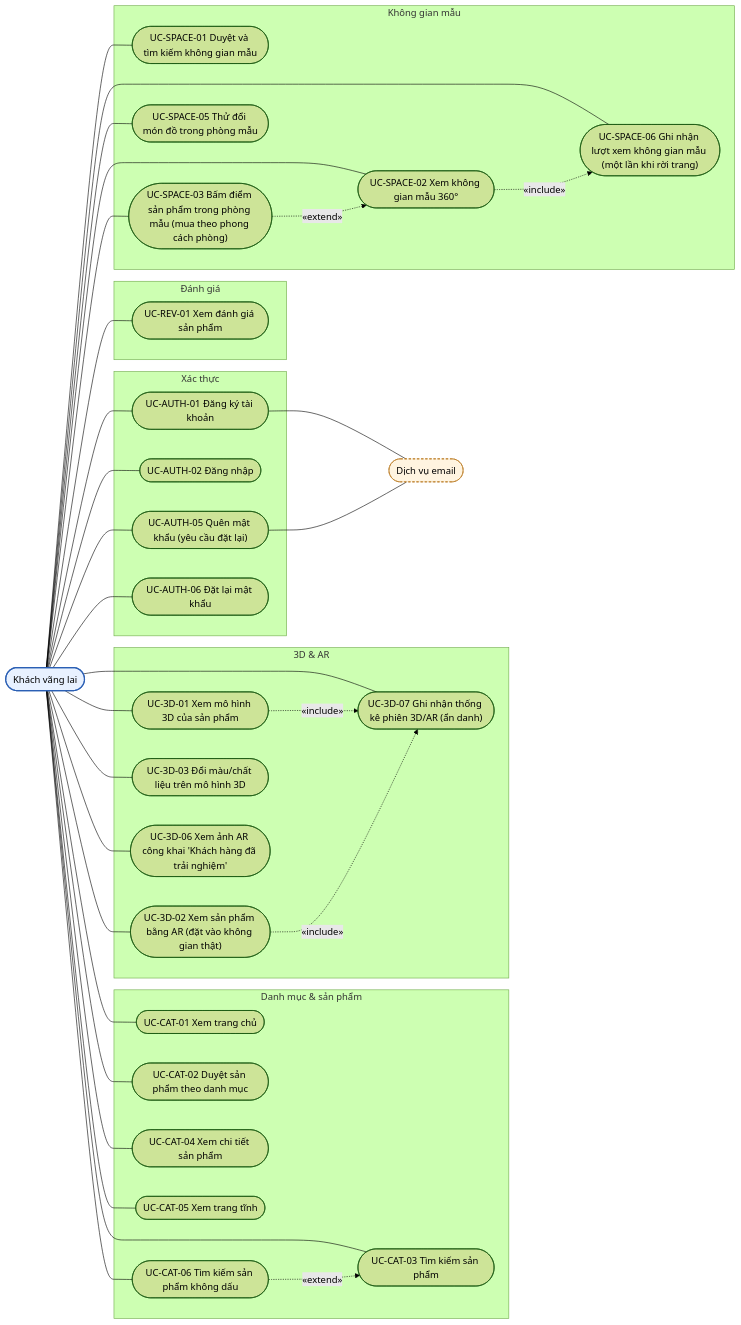
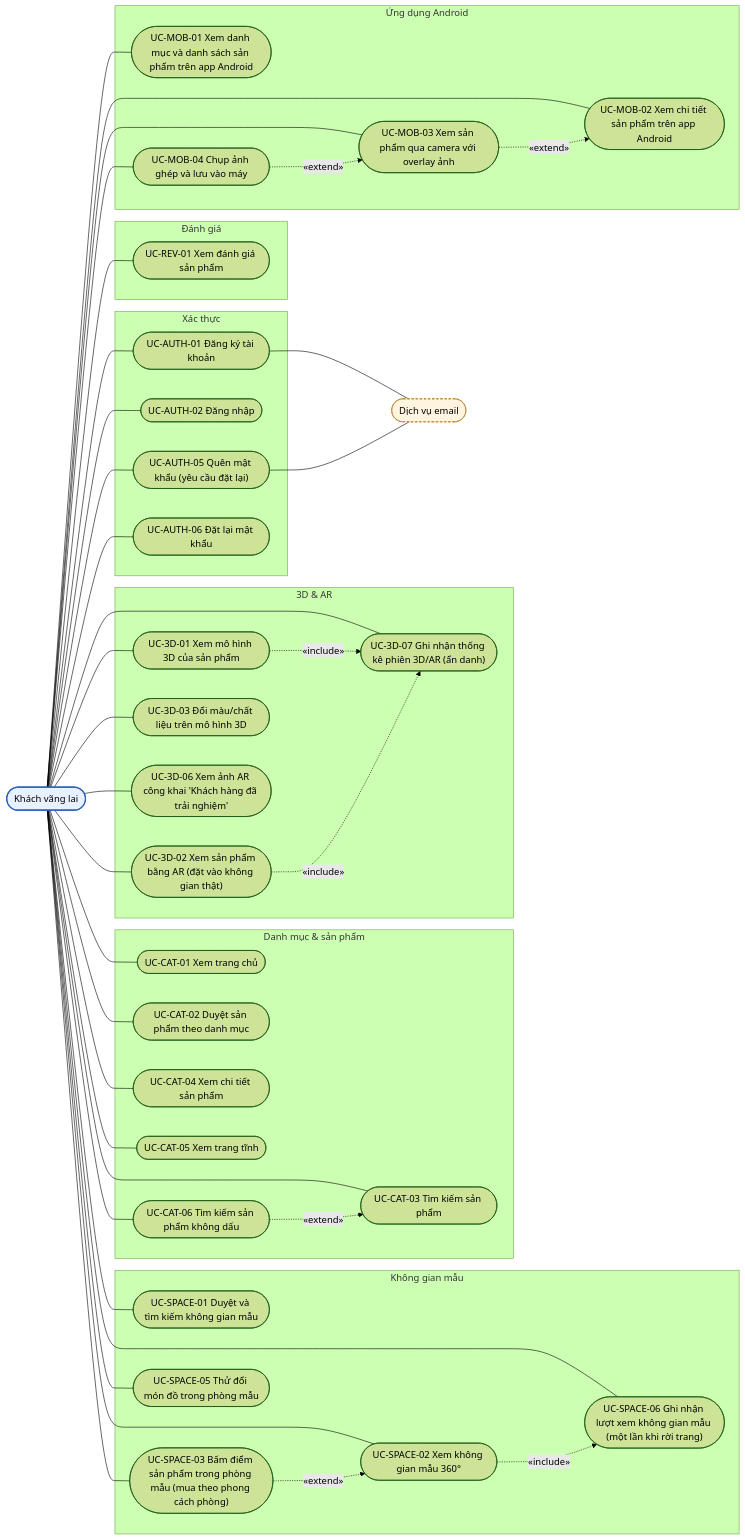
Before and after one commit to 2431540234-arch/XDUDTMDT: the diagram in docs/diagrams/src/usecase_khach-vang-lai.mmd, drawn with Mermaid (forest theme). The commit also changed 24 other files, not shown here.

Commit message:
docs: đưa ứng dụng Android vào phạm vi (UC-MOB), chốt quyết định công nghệ, bảng nộp chính thức

```diff
--- a/docs/diagrams/src/usecase_khach-vang-lai.mmd
+++ b/docs/diagrams/src/usecase_khach-vang-lai.mmd
@@ -1,64 +1,76 @@
 flowchart LR
     K(["Khách vãng lai"]):::actor
     EM(["Dịch vụ email"]):::ext
     subgraph SG_AUTH["Xác thực"]
         UC_AUTH_01(["UC-AUTH-01 Đăng ký tài khoản"])
         UC_AUTH_02(["UC-AUTH-02 Đăng nhập"])
         UC_AUTH_05(["UC-AUTH-05 Quên mật khẩu (yêu cầu đặt lại)"])
         UC_AUTH_06(["UC-AUTH-06 Đặt lại mật khẩu"])
     end
     subgraph SG_CAT["Danh mục & sản phẩm"]
         UC_CAT_01(["UC-CAT-01 Xem trang chủ"])
         UC_CAT_02(["UC-CAT-02 Duyệt sản phẩm theo danh mục"])
         UC_CAT_03(["UC-CAT-03 Tìm kiếm sản phẩm"])
         UC_CAT_04(["UC-CAT-04 Xem chi tiết sản phẩm"])
         UC_CAT_05(["UC-CAT-05 Xem trang tĩnh"])
         UC_CAT_06(["UC-CAT-06 Tìm kiếm sản phẩm không dấu"])
     end
     subgraph SG_REV["Đánh giá"]
         UC_REV_01(["UC-REV-01 Xem đánh giá sản phẩm"])
     end
     subgraph SG_D3["3D & AR"]
         UC_3D_01(["UC-3D-01 Xem mô hình 3D của sản phẩm"])
         UC_3D_02(["UC-3D-02 Xem sản phẩm bằng AR (đặt vào không gian thật)"])
         UC_3D_03(["UC-3D-03 Đổi màu/chất liệu trên mô hình 3D"])
         UC_3D_06(["UC-3D-06 Xem ảnh AR công khai 'Khách hàng đã trải nghiệm'"])
         UC_3D_07(["UC-3D-07 Ghi nhận thống kê phiên 3D/AR (ẩn danh)"])
     end
     subgraph SG_SPACE["Không gian mẫu"]
         UC_SPACE_01(["UC-SPACE-01 Duyệt và tìm kiếm không gian mẫu"])
         UC_SPACE_02(["UC-SPACE-02 Xem không gian mẫu 360°"])
         UC_SPACE_03(["UC-SPACE-03 Bấm điểm sản phẩm trong phòng mẫu (mua theo phong cách phòng)"])
         UC_SPACE_05(["UC-SPACE-05 Thử đổi món đồ trong phòng mẫu"])
         UC_SPACE_06(["UC-SPACE-06 Ghi nhận lượt xem không gian mẫu (một lần khi rời trang)"])
     end
+    subgraph SG_MOB["Ứng dụng Android"]
+        UC_MOB_01(["UC-MOB-01 Xem danh mục và danh sách sản phẩm trên app Android"])
+        UC_MOB_02(["UC-MOB-02 Xem chi tiết sản phẩm trên app Android"])
+        UC_MOB_03(["UC-MOB-03 Xem sản phẩm qua camera với overlay ảnh"])
+        UC_MOB_04(["UC-MOB-04 Chụp ảnh ghép và lưu vào máy"])
+    end
     K --- UC_AUTH_01
     K --- UC_AUTH_02
     K --- UC_AUTH_05
     K --- UC_AUTH_06
     K --- UC_CAT_01
     K --- UC_CAT_02
     K --- UC_CAT_03
     K --- UC_CAT_04
     K --- UC_CAT_05
     K --- UC_CAT_06
     K --- UC_REV_01
     K --- UC_3D_01
     K --- UC_3D_02
     K --- UC_3D_03
     K --- UC_3D_06
     K --- UC_3D_07
     K --- UC_SPACE_01
     K --- UC_SPACE_02
     K --- UC_SPACE_03
     K --- UC_SPACE_05
     K --- UC_SPACE_06
+    K --- UC_MOB_01
+    K --- UC_MOB_02
+    K --- UC_MOB_03
+    K --- UC_MOB_04
     UC_AUTH_01 --- EM
     UC_AUTH_05 --- EM
     UC_CAT_06 -. "«extend»" .-> UC_CAT_03
     UC_3D_01 -. "«include»" .-> UC_3D_07
     UC_3D_02 -. "«include»" .-> UC_3D_07
     UC_SPACE_02 -. "«include»" .-> UC_SPACE_06
     UC_SPACE_03 -. "«extend»" .-> UC_SPACE_02
+    UC_MOB_03 -. "«extend»" .-> UC_MOB_02
+    UC_MOB_04 -. "«extend»" .-> UC_MOB_03
     classDef actor fill:#e8f1ff,stroke:#2b5fb4,stroke-width:2px
     classDef ext fill:#fff4e0,stroke:#b8761a,stroke-dasharray: 4 3
```
